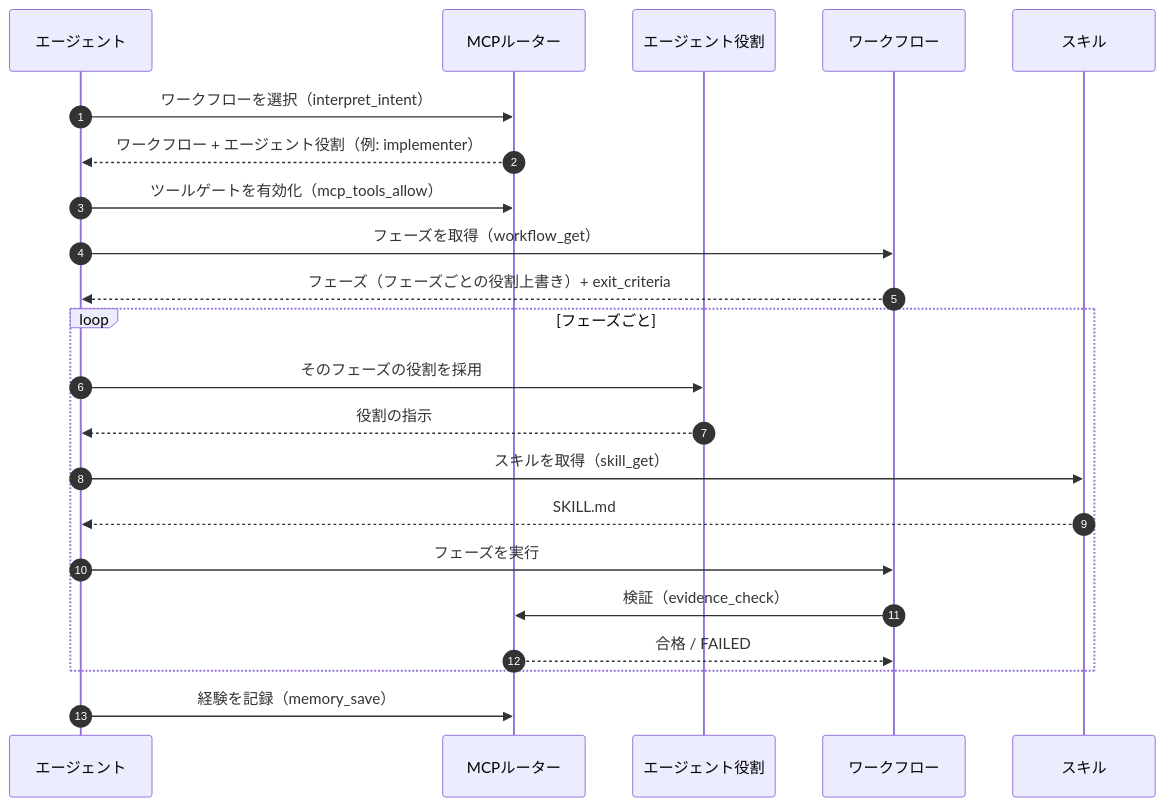
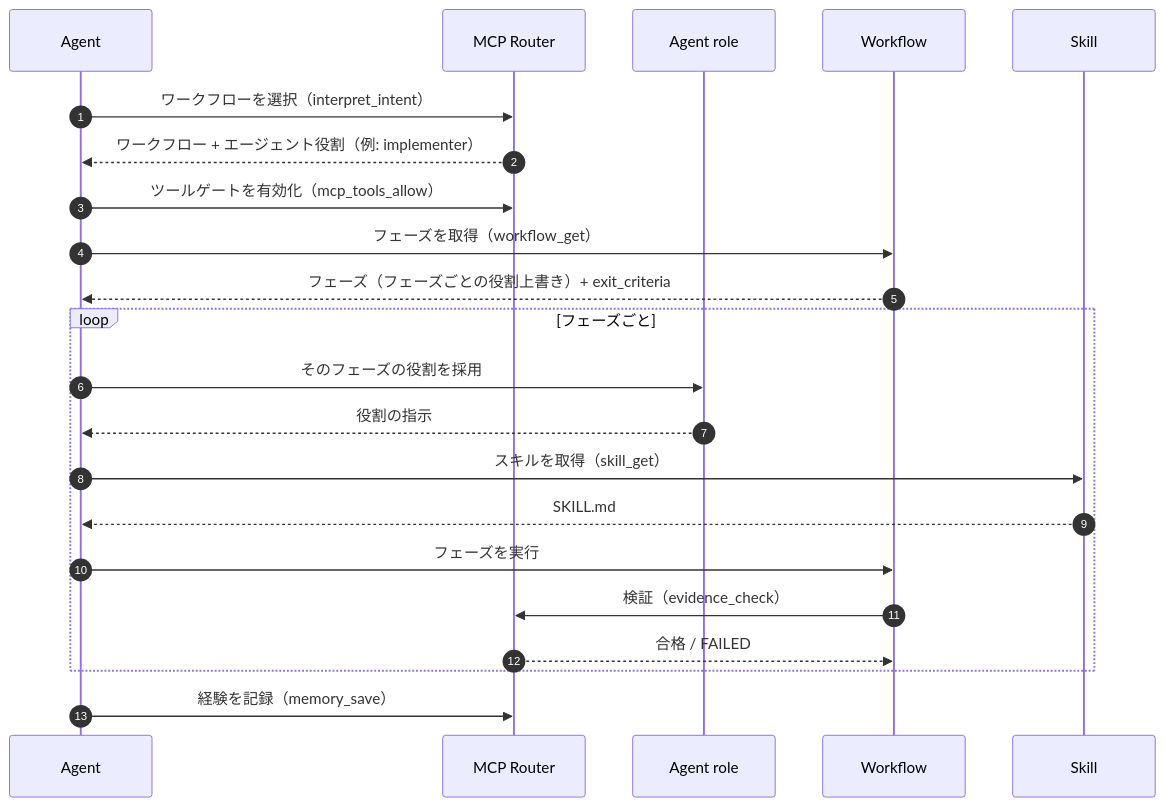
The diagram in README.ja.md (parkwoo/wawoo-agent-skills), drawn with Mermaid before and after one commit. The commit also changed 2 other files, not shown here.

Commit message:
docs: unify sequence-diagram participant names to English across languages

````diff
--- a/README.ja.md
+++ b/README.ja.md
@@ -62,24 +62,24 @@
 ```mermaid
 sequenceDiagram
     autonumber
-    participant A as エージェント
-    participant R as MCPルーター
-    participant G as エージェント役割
-    participant W as ワークフロー
-    participant S as スキル
+    participant A as Agent
+    participant R as MCP Router
+    participant G as Agent role
+    participant W as Workflow
+    participant S as Skill
     A->>R: ワークフローを選択（interpret_intent）
     R-->>A: ワークフロー + エージェント役割（例: implementer）
     A->>R: ツールゲートを有効化（mcp_tools_allow）
     A->>W: フェーズを取得（workflow_get）
     W-->>A: フェーズ（フェーズごとの役割上書き）+ exit_criteria
     loop フェーズごと
         A->>G: そのフェーズの役割を採用
         G-->>A: 役割の指示
         A->>S: スキルを取得（skill_get）
         S-->>A: SKILL.md
         A->>W: フェーズを実行
         W->>R: 検証（evidence_check）
         R-->>W: 合格 / FAILED
     end
     A->>R: 経験を記録（memory_save）
 ```
````
